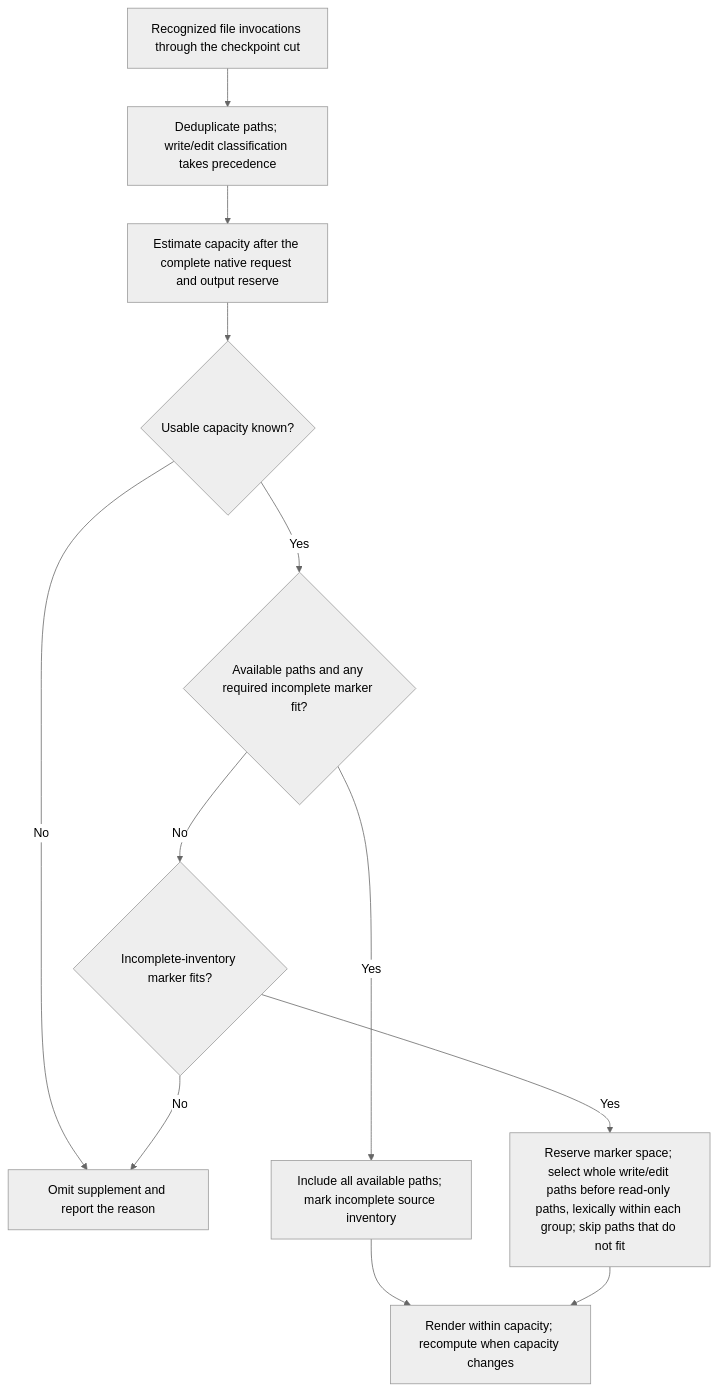
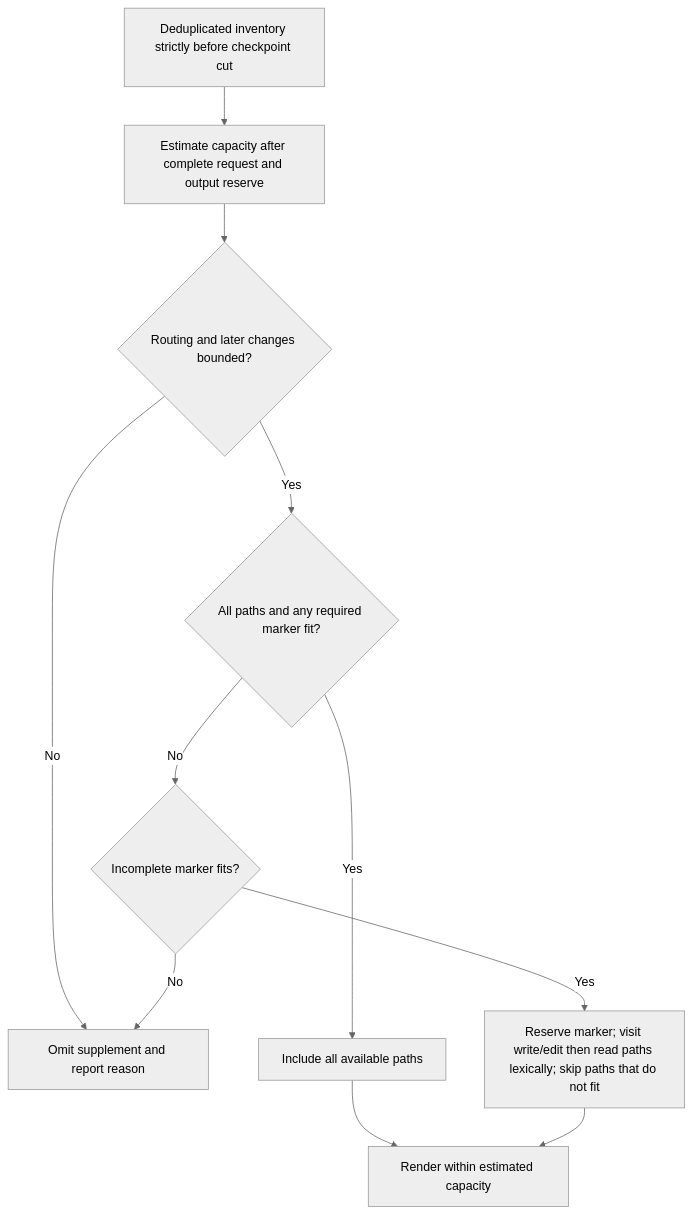
Before and after one commit to kvnxiao/orbis: the second of 2 diagrams in packages/memory/specs/compaction.md, drawn with Mermaid (neutral theme). The commit also changed other lines of this file and 11 other files, not shown here.

````diff
--- a/packages/memory/specs/compaction.md
+++ b/packages/memory/specs/compaction.md
@@ -91,14 +143,13 @@
 ```mermaid
 flowchart TD
-    I["Recognized file invocations through the checkpoint cut"] --> D["Deduplicate paths; write/edit classification takes precedence"]
-    D --> C["Estimate capacity after the complete native request and output reserve"]
-    C --> K{"Usable capacity known?"}
-    K -->|No| O["Omit supplement and report the reason"]
-    K -->|Yes| F{"Available paths and any required incomplete marker fit?"}
-    F -->|Yes| A["Include all available paths; mark incomplete source inventory"]
-    F -->|No| M{"Incomplete-inventory marker fits?"}
+    I["Deduplicated inventory strictly before checkpoint cut"] --> C["Estimate capacity after complete request and output reserve"]
+    C --> K{"Routing and later changes bounded?"}
+    K -->|No| O["Omit supplement and report reason"]
+    K -->|Yes| F{"All paths and any required marker fit?"}
+    F -->|Yes| A["Include all available paths"]
+    F -->|No| M{"Incomplete marker fits?"}
     M -->|No| O
-    M -->|Yes| S["Reserve marker space; select whole write/edit paths before read-only paths, lexically within each group; skip paths that do not fit"]
-    A --> R["Render within capacity; recompute when capacity changes"]
+    M -->|Yes| S["Reserve marker; visit write/edit then read paths lexically; skip paths that do not fit"]
+    A --> R["Render within estimated capacity"]
     S --> R
 ```
````
